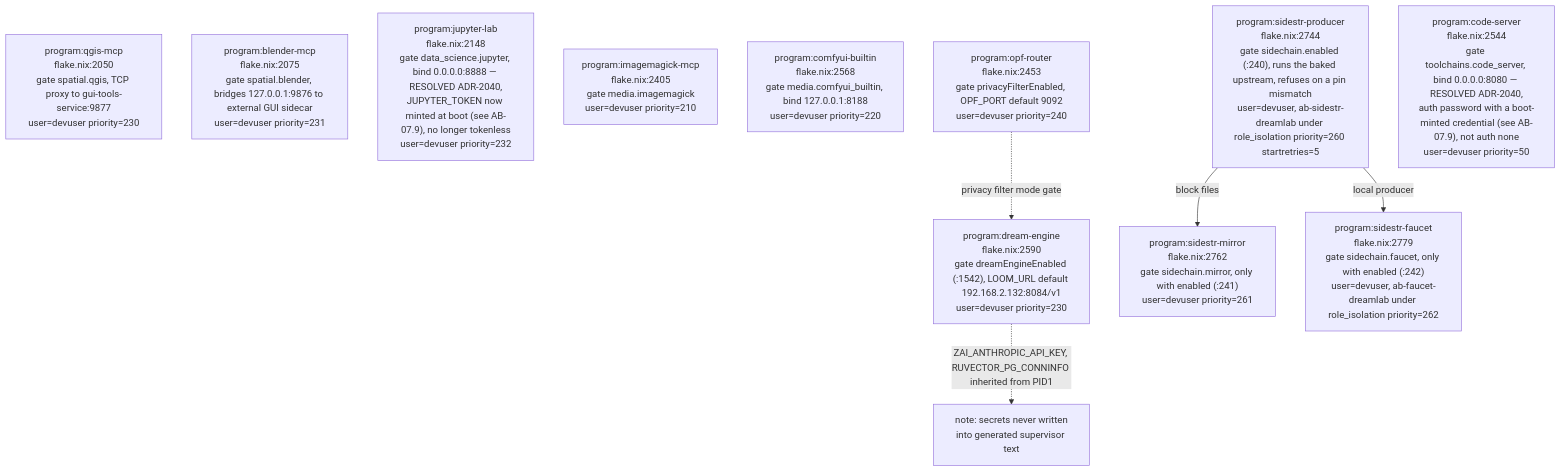
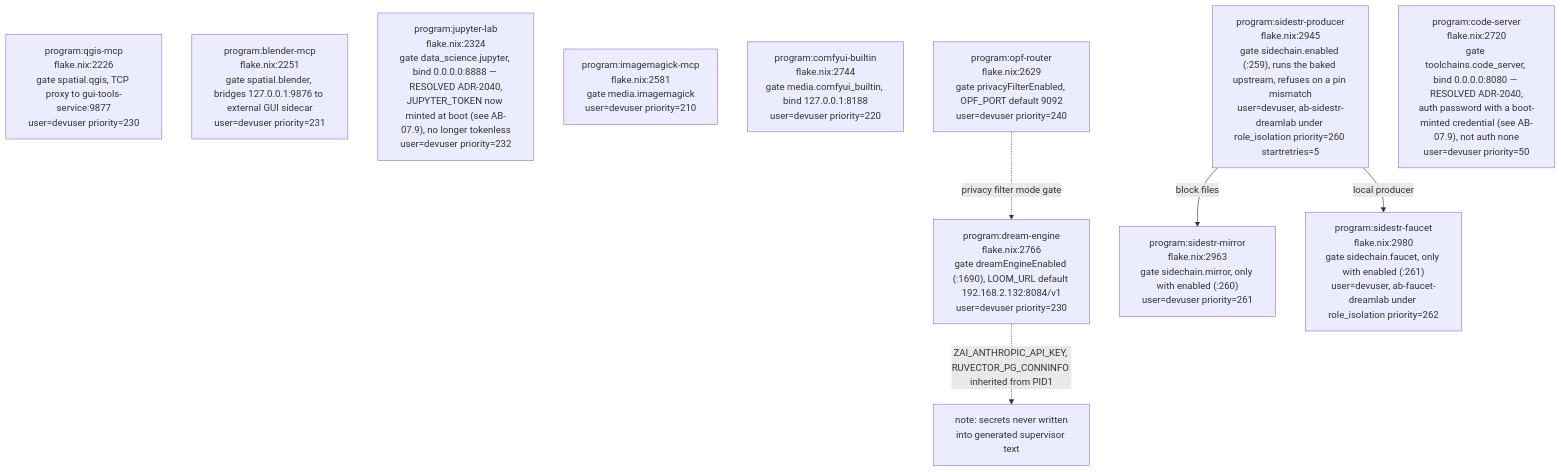
One commit to DreamLab-AI/VisionFlow changed the fifth of 21 diagrams in docs/diagrams/agentbox/02-boot-sequence-and-readiness.md. Above: the diagram before and after it, drawn with Mermaid. The commit also changed other lines of this file and 111 other files, not shown here.

Commit message:
docs(diagrams): align estate maps with current source

````diff
--- a/docs/diagrams/agentbox/02-boot-sequence-and-readiness.md
+++ b/docs/diagrams/agentbox/02-boot-sequence-and-readiness.md
@@ -268,19 +268,19 @@
 ```mermaid
 flowchart TB
-    QGIS["program:qgis-mcp<br/>flake.nix:2050<br/>gate spatial.qgis, TCP proxy to gui-tools-service:9877<br/>user=devuser priority=230"]
-    BLEND["program:blender-mcp<br/>flake.nix:2075<br/>gate spatial.blender, bridges 127.0.0.1:9876 to external GUI sidecar<br/>user=devuser priority=231"]
-    JLAB["program:jupyter-lab<br/>flake.nix:2148<br/>gate data_science.jupyter, bind 0.0.0.0:8888 — RESOLVED ADR-2040,<br/>JUPYTER_TOKEN now minted at boot (see AB-07.9), no longer tokenless<br/>user=devuser priority=232"]
-    IMGM["program:imagemagick-mcp<br/>flake.nix:2405<br/>gate media.imagemagick<br/>user=devuser priority=210"]
-    COMFY["program:comfyui-builtin<br/>flake.nix:2568<br/>gate media.comfyui_builtin, bind 127.0.0.1:8188<br/>user=devuser priority=220"]
-    OPF["program:opf-router<br/>flake.nix:2453<br/>gate privacyFilterEnabled, OPF_PORT default 9092<br/>user=devuser priority=240"]
-    DREAM["program:dream-engine<br/>flake.nix:2590<br/>gate dreamEngineEnabled (:1542), LOOM_URL default 192.168.2.132:8084/v1<br/>user=devuser priority=230"]
-    SIDEP["program:sidestr-producer<br/>flake.nix:2744<br/>gate sidechain.enabled (:240), runs the baked upstream, refuses on a pin mismatch<br/>user=devuser, ab-sidestr-dreamlab under role_isolation priority=260 startretries=5"]
-    SIDEM["program:sidestr-mirror<br/>flake.nix:2762<br/>gate sidechain.mirror, only with enabled (:241)<br/>user=devuser priority=261"]
-    SIDEF["program:sidestr-faucet<br/>flake.nix:2779<br/>gate sidechain.faucet, only with enabled (:242)<br/>user=devuser, ab-faucet-dreamlab under role_isolation priority=262"]
-    CODES["program:code-server<br/>flake.nix:2544<br/>gate toolchains.code_server, bind 0.0.0.0:8080 — RESOLVED ADR-2040,<br/>auth password with a boot-minted credential (see AB-07.9), not auth none<br/>user=devuser priority=50"]
+    QGIS["program:qgis-mcp<br/>flake.nix:2226<br/>gate spatial.qgis, TCP proxy to gui-tools-service:9877<br/>user=devuser priority=230"]
+    BLEND["program:blender-mcp<br/>flake.nix:2251<br/>gate spatial.blender, bridges 127.0.0.1:9876 to external GUI sidecar<br/>user=devuser priority=231"]
+    JLAB["program:jupyter-lab<br/>flake.nix:2324<br/>gate data_science.jupyter, bind 0.0.0.0:8888 — RESOLVED ADR-2040,<br/>JUPYTER_TOKEN now minted at boot (see AB-07.9), no longer tokenless<br/>user=devuser priority=232"]
+    IMGM["program:imagemagick-mcp<br/>flake.nix:2581<br/>gate media.imagemagick<br/>user=devuser priority=210"]
+    COMFY["program:comfyui-builtin<br/>flake.nix:2744<br/>gate media.comfyui_builtin, bind 127.0.0.1:8188<br/>user=devuser priority=220"]
+    OPF["program:opf-router<br/>flake.nix:2629<br/>gate privacyFilterEnabled, OPF_PORT default 9092<br/>user=devuser priority=240"]
+    DREAM["program:dream-engine<br/>flake.nix:2766<br/>gate dreamEngineEnabled (:1690), LOOM_URL default 192.168.2.132:8084/v1<br/>user=devuser priority=230"]
+    SIDEP["program:sidestr-producer<br/>flake.nix:2945<br/>gate sidechain.enabled (:259), runs the baked upstream, refuses on a pin mismatch<br/>user=devuser, ab-sidestr-dreamlab under role_isolation priority=260 startretries=5"]
+    SIDEM["program:sidestr-mirror<br/>flake.nix:2963<br/>gate sidechain.mirror, only with enabled (:260)<br/>user=devuser priority=261"]
+    SIDEF["program:sidestr-faucet<br/>flake.nix:2980<br/>gate sidechain.faucet, only with enabled (:261)<br/>user=devuser, ab-faucet-dreamlab under role_isolation priority=262"]
+    CODES["program:code-server<br/>flake.nix:2720<br/>gate toolchains.code_server, bind 0.0.0.0:8080 — RESOLVED ADR-2040,<br/>auth password with a boot-minted credential (see AB-07.9), not auth none<br/>user=devuser priority=50"]
 
     OPF -.->|"privacy filter mode gate"| DREAM
     SIDEP -->|"block files"| SIDEM
     SIDEP -->|"local producer"| SIDEF
     DREAM -.->|"ZAI_ANTHROPIC_API_KEY, RUVECTOR_PG_CONNINFO inherited from PID1"| RVNOTE["note: secrets never written<br/>into generated supervisor text"]
 ```
````
